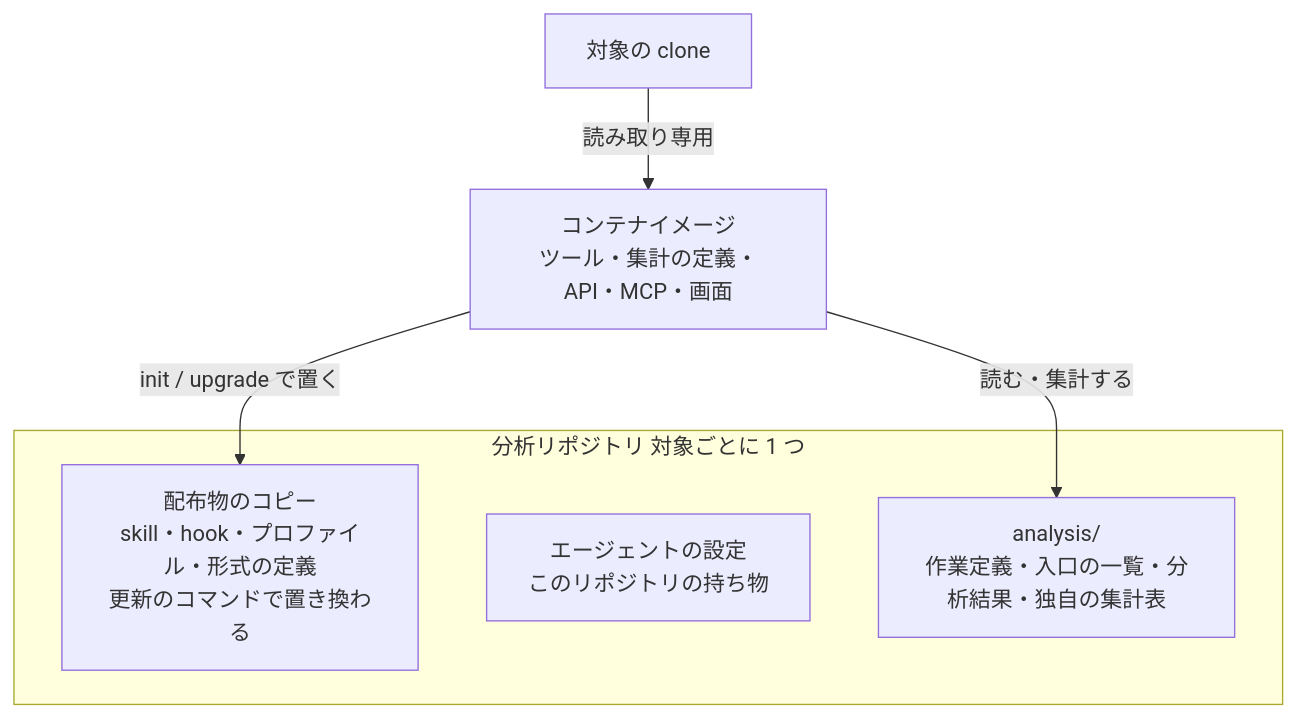
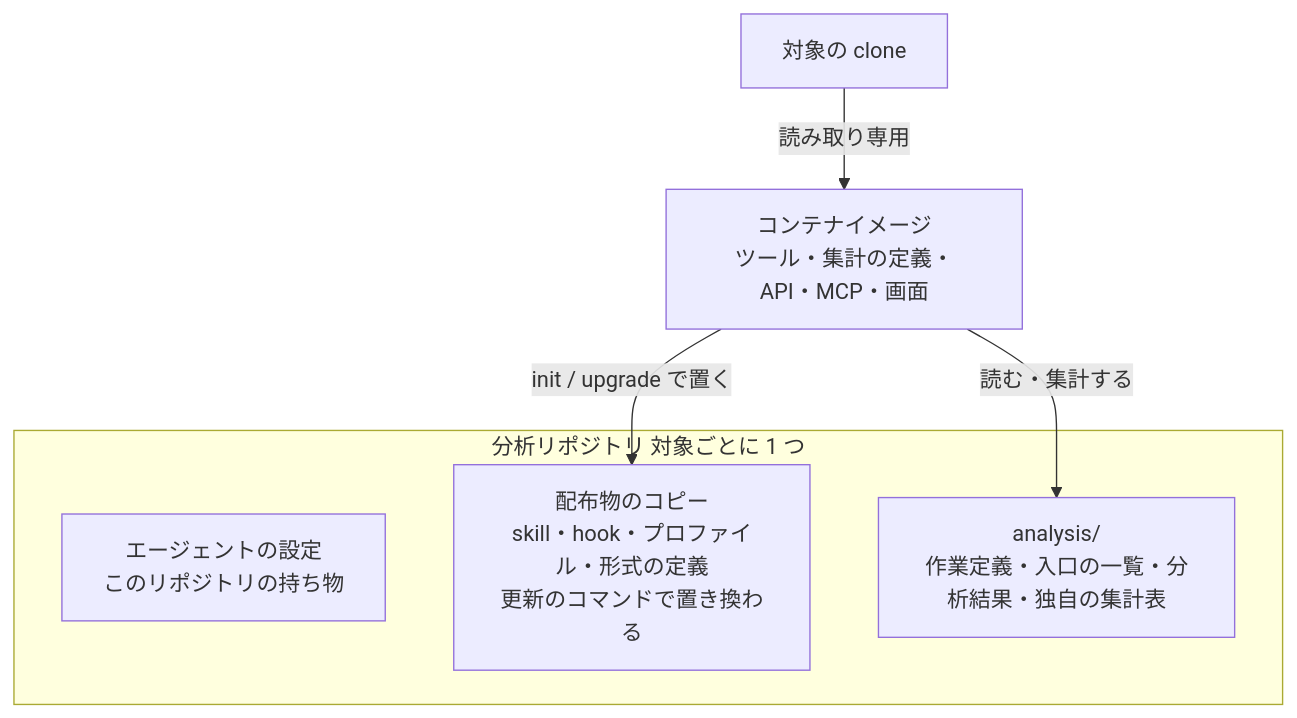
The third of 3 diagrams in README.ja.md (suwa-sh/as-built-atlas), drawn with Mermaid before and after one commit. The commit also changed other lines of this file and 4 other files, not shown here.

First line of the commit message:
更新のコマンドの仕様をコマンドごとに組み替え、README の図と手順表を直す

````diff
--- a/README.ja.md
+++ b/README.ja.md
@@ -225,11 +225,11 @@
 ```mermaid
 flowchart TB
   subgraph R[分析リポジトリ 対象ごとに 1 つ]
+    H[エージェントの設定<br>このリポジトリの持ち物]
     O[配布物のコピー<br>skill・hook・プロファイル・形式の定義<br>更新のコマンドで置き換わる]
-    H[エージェントの設定<br>このリポジトリの持ち物]
     A[analysis/<br>作業定義・入口の一覧・分析結果・独自の集計表]
   end
-  I[コンテナイメージ<br>ツール・集計の定義・API・MCP・画面] -->|読む・集計する| A
+  T[対象の clone] -->|読み取り専用| I[コンテナイメージ<br>ツール・集計の定義・API・MCP・画面]
   I -->|init / upgrade で置く| O
-  T[対象の clone] -->|読み取り専用| I
+  I -->|読む・集計する| A
 ```
````
